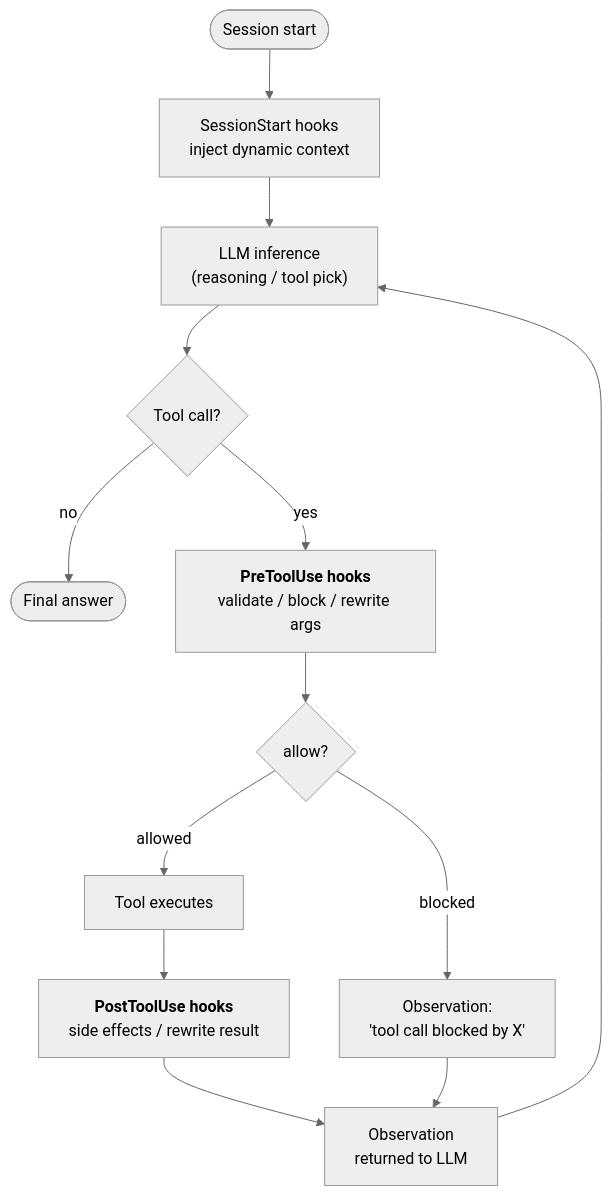
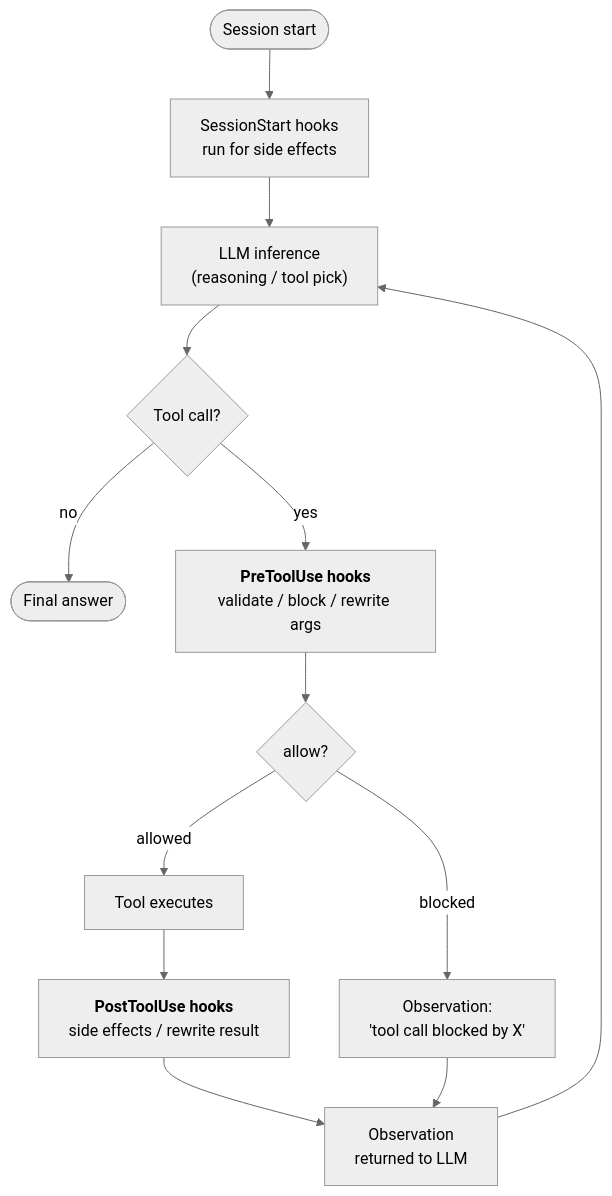
Before and after one commit to fim-ai/fim-one: the first of 2 diagrams in docs/architecture/hook-system.mdx, drawn with Mermaid (neutral theme). The commit also changed other lines of this file and 9 other files, not shown here.

First line of the commit message:
docs(architecture): align engine, hook and discovery pages with the code

````diff
--- a/docs/architecture/hook-system.mdx
+++ b/docs/architecture/hook-system.mdx
@@ -29,15 +29,15 @@
 ```mermaid
 flowchart TD
-    S(["Session start"]) --> SS["SessionStart hooks<br/>inject dynamic context"]
+    S(["Session start"]) --> SS["SessionStart hooks<br/>run for side effects"]
     SS --> LLM["LLM inference<br/>(reasoning / tool pick)"]
     LLM --> DECIDE{"Tool call?"}
     DECIDE -->|no| ANSWER(["Final answer"])
     DECIDE -->|yes| PRE["<b>PreToolUse hooks</b><br/>validate / block / rewrite args"]
     PRE --> GATE{"allow?"}
     GATE -->|blocked| BLOCK["Observation:<br/>'tool call blocked by X'"]
     GATE -->|allowed| EXEC["Tool executes"]
     EXEC --> POST["<b>PostToolUse hooks</b><br/>side effects / rewrite result"]
     POST --> OBS["Observation<br/>returned to LLM"]
     BLOCK --> OBS
     OBS --> LLM
 ```
````
